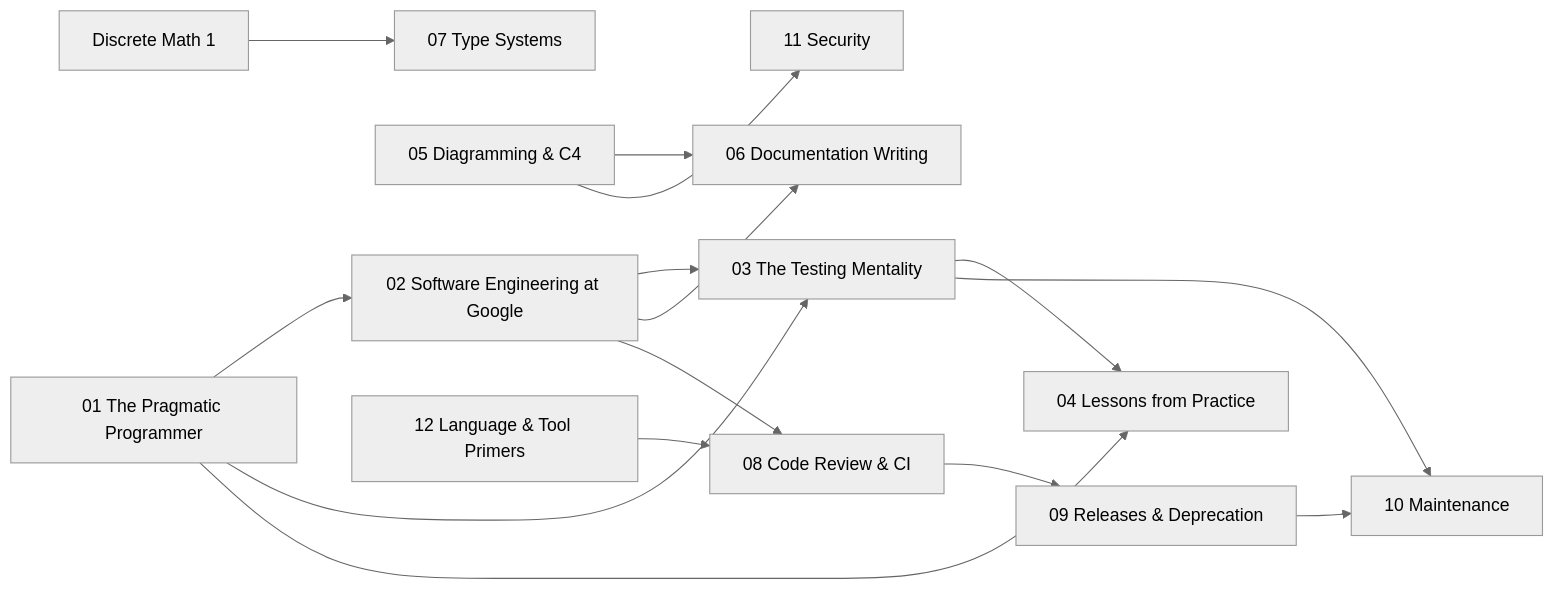
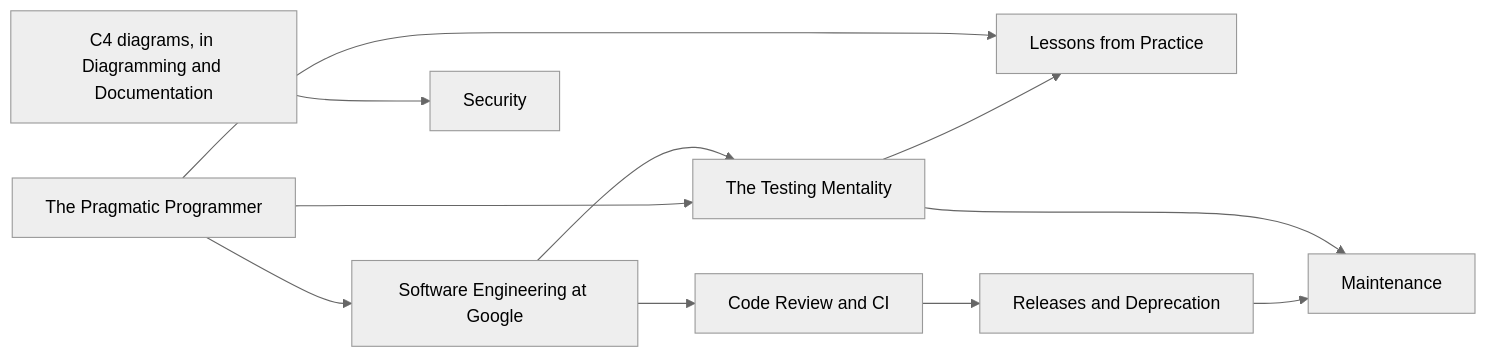
The diagram in content/courses/software-craftsmanship/README.md (urmzd/openlearn), drawn with Mermaid (neutral theme) before and after one commit. The commit also changed other lines of this file and 345 other files, not shown here.

````diff
--- a/content/courses/software-craftsmanship/README.md
+++ b/content/courses/software-craftsmanship/README.md
@@ -36,17 +36,13 @@
 ```mermaid
 graph LR
-    PP[01 The Pragmatic Programmer] --> SWE[02 Software Engineering at Google]
-    PP --> TEST[03 The Testing Mentality]
+    PP[The Pragmatic Programmer] --> SWE[Software Engineering at Google]
+    PP --> TEST[The Testing Mentality]
     SWE --> TEST
-    TEST --> LP[04 Lessons from Practice]
+    TEST --> LP[Lessons from Practice]
     PP --> LP
-    D[05 Diagramming & C4] --> DOC[06 Documentation Writing]
-    SWE --> DOC
-    DM[Discrete Math 1] --> TS[07 Type Systems]
-    PR[12 Language & Tool Primers] --> CI[08 Code Review & CI]
-    SWE --> CI
-    CI --> REL[09 Releases & Deprecation]
-    REL --> MAINT[10 Maintenance]
+    SWE --> CI[Code Review and CI]
+    CI --> REL[Releases and Deprecation]
+    REL --> MAINT[Maintenance]
     TEST --> MAINT
-    D --> SEC[11 Security]
+    C4[C4 diagrams, in Diagramming and Documentation] --> SEC[Security]
 ```
````
